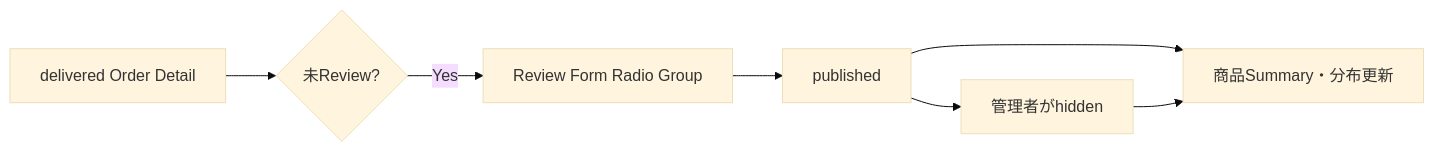
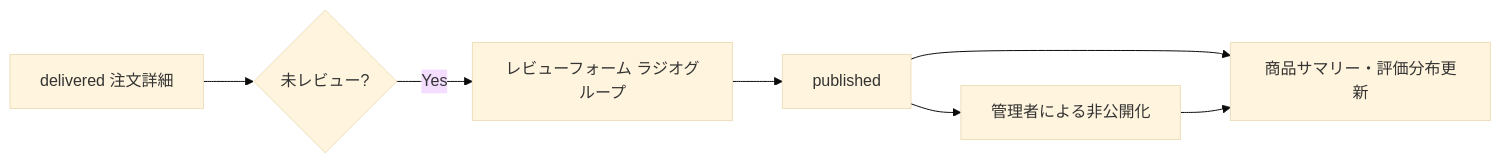
The fourth of 4 diagrams in docs/06_flows/user_flows.md (ryu-yoshikawa-pro-vision/qa-training-store), drawn with Mermaid (base theme) before and after one commit. The commit also changed other lines of this file and 125 other files, not shown here.

````diff
--- a/docs/06_flows/user_flows.md
+++ b/docs/06_flows/user_flows.md
@@ -80,9 +80,9 @@
 ```mermaid
 flowchart LR
-  A[delivered Order Detail] --> B{未Review?}
-  B -- Yes --> C[Review Form Radio Group]
+  A[delivered 注文詳細] --> B{未レビュー?}
+  B -- Yes --> C[レビューフォーム ラジオグループ]
   C --> D[published]
-  D --> E[商品Summary・分布更新]
-  D --> F[管理者がhidden]
+  D --> E[商品サマリー・評価分布更新]
+  D --> F[管理者による非公開化]
   F --> E
 ```
````
